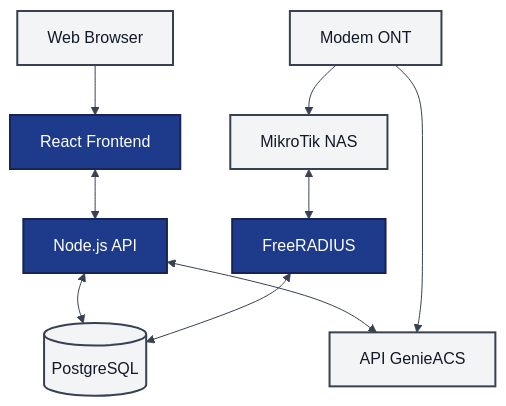
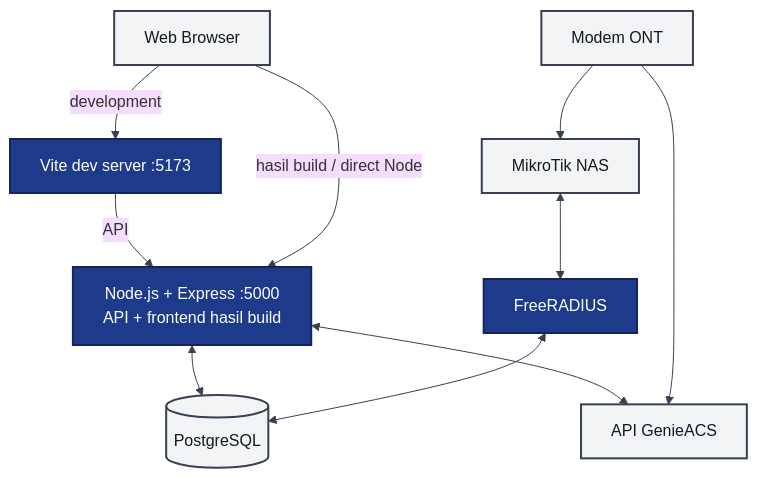
One commit to oriza23/billing changed the first of 2 diagrams in README.md. Above: the diagram before and after it, drawn with Mermaid. The commit also changed other lines of this file and 1 other file, not shown here.

````diff
--- a/README.md
+++ b/README.md
@@ -66,27 +68,28 @@
 ```mermaid
 %%{init: {'theme':'base', 'themeVariables': { 'background': '#ffffff', 'lineColor': '#374151'}}}%%
 graph TD
   BROWSER["Web Browser"]
-  REACT["React Frontend"]
-  NODE["Node.js API"]
+  VITE["Vite dev server :5173"]
+  NODE["Node.js + Express :5000<br/>API + frontend hasil build"]
   PG[("PostgreSQL")]
   GENIE["API GenieACS"]
   RADIUS["FreeRADIUS"]
   MIKROTIK["MikroTik NAS"]
   ONT["Modem ONT"]
 
-  BROWSER --> REACT
-  REACT <--> NODE
+  BROWSER -->|"development"| VITE
+  VITE -->|"API"| NODE
+  BROWSER -->|"hasil build / direct Node"| NODE
   NODE <--> PG
   NODE <--> GENIE
   RADIUS <--> PG
   MIKROTIK <--> RADIUS
   ONT --> MIKROTIK
   ONT --> GENIE
 
   classDef raniahApp fill:#1e3a8a,stroke:#172554,color:#ffffff,stroke-width:2px
   classDef raniahExt fill:#f3f4f6,stroke:#374151,color:#111827,stroke-width:2px
 
-  class REACT,NODE,RADIUS raniahApp
+  class VITE,NODE,RADIUS raniahApp
   class BROWSER,PG,GENIE,MIKROTIK,ONT raniahExt
 ```
````
